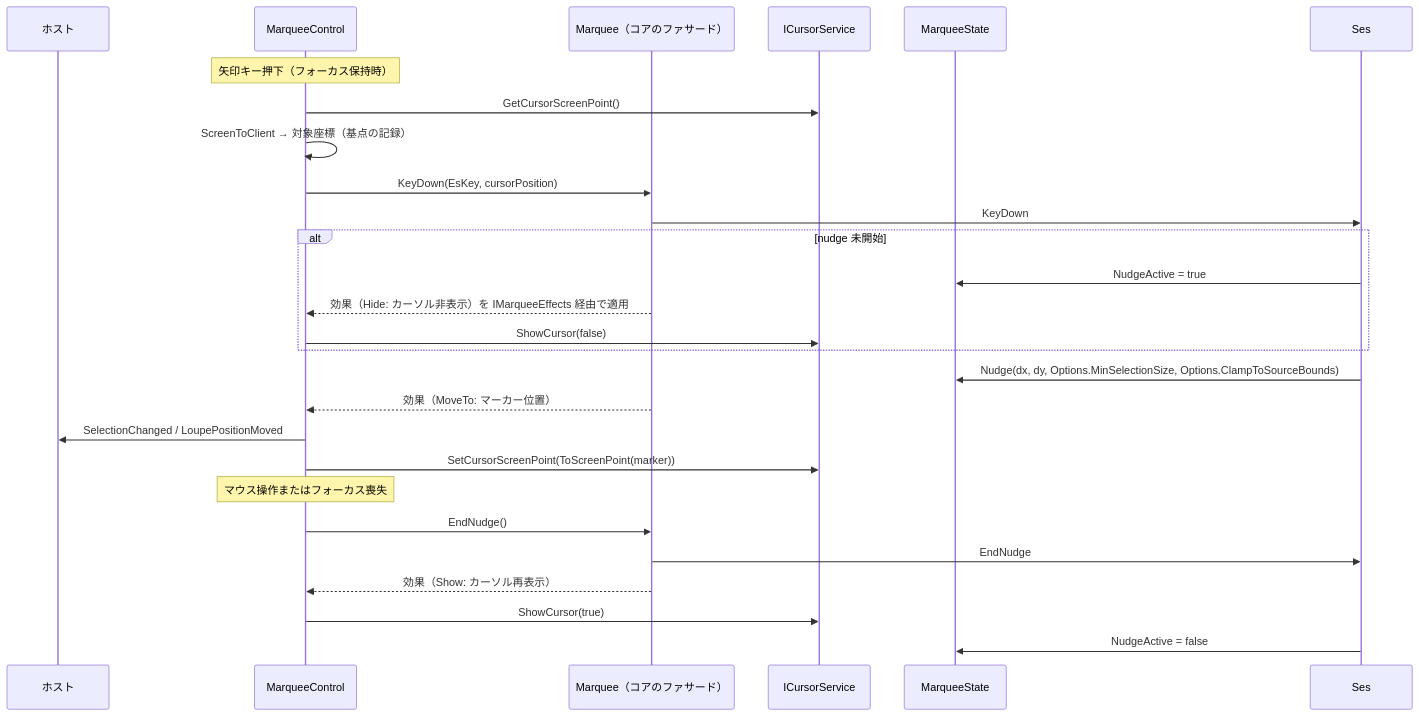
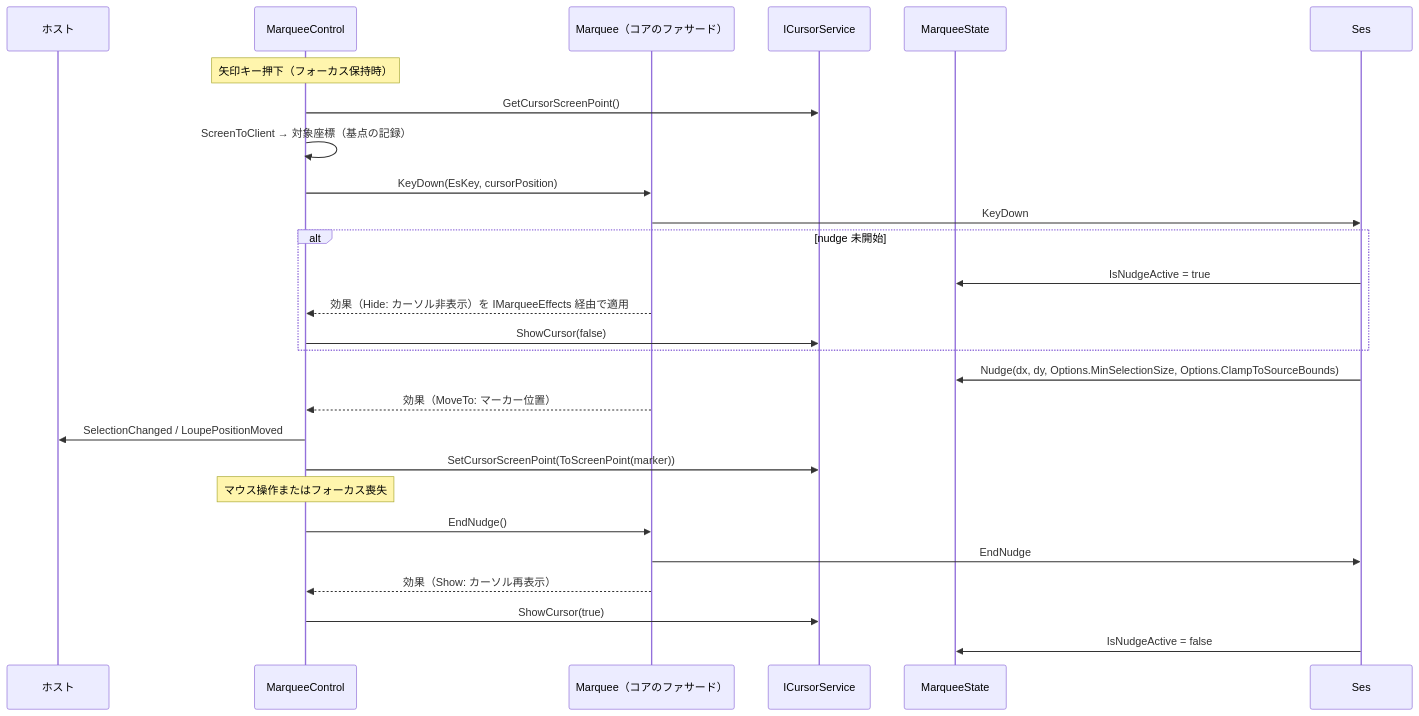
One commit to tomokuni/SaveEvidence changed the third of 4 diagrams in src/EsUtil.Feature.Marquee.ControlMewUI/docs/SPEC_System.md. Above: the diagram before and after it, drawn with Mermaid. The commit also changed other lines of this file and 34 other files, not shown here.

````diff
--- a/src/EsUtil.Feature.Marquee.ControlMewUI/docs/SPEC_System.md
+++ b/src/EsUtil.Feature.Marquee.ControlMewUI/docs/SPEC_System.md
@@ -328,29 +328,29 @@
 ```mermaid
 sequenceDiagram
     participant Host as ホスト
     participant Ctl as MarqueeControl
     participant Fac as Marquee（コアのファサード）
     participant Cur as ICursorService
     participant St as MarqueeState
 
     Note over Ctl: 矢印キー押下（フォーカス保持時）
     Ctl->>Cur: GetCursorScreenPoint()
     Ctl->>Ctl: ScreenToClient → 対象座標（基点の記録）
     Ctl->>Fac: KeyDown(EsKey, cursorPosition)
     Fac->>Ses: KeyDown
     alt nudge 未開始
-        Ses->>St: NudgeActive = true
+        Ses->>St: IsNudgeActive = true
         Fac-->>Ctl: 効果（Hide: カーソル非表示）を IMarqueeEffects 経由で適用
         Ctl->>Cur: ShowCursor(false)
     end
     Ses->>St: Nudge(dx, dy, Options.MinSelectionSize, Options.ClampToSourceBounds)
     Fac-->>Ctl: 効果（MoveTo: マーカー位置）
     Ctl->>Host: SelectionChanged / LoupePositionMoved
     Ctl->>Cur: SetCursorScreenPoint(ToScreenPoint(marker))
     Note over Ctl: マウス操作またはフォーカス喪失
     Ctl->>Fac: EndNudge()
     Fac->>Ses: EndNudge
     Fac-->>Ctl: 効果（Show: カーソル再表示）
     Ctl->>Cur: ShowCursor(true)
-    Ses->>St: NudgeActive = false
+    Ses->>St: IsNudgeActive = false
 ```
````
